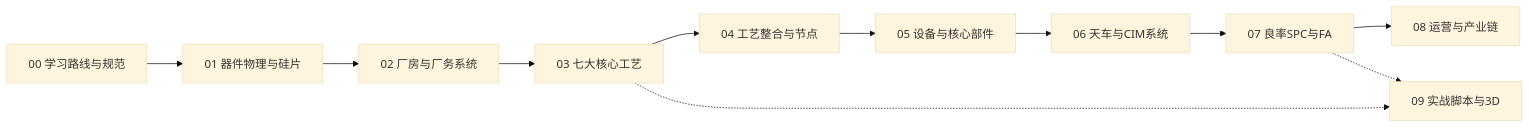
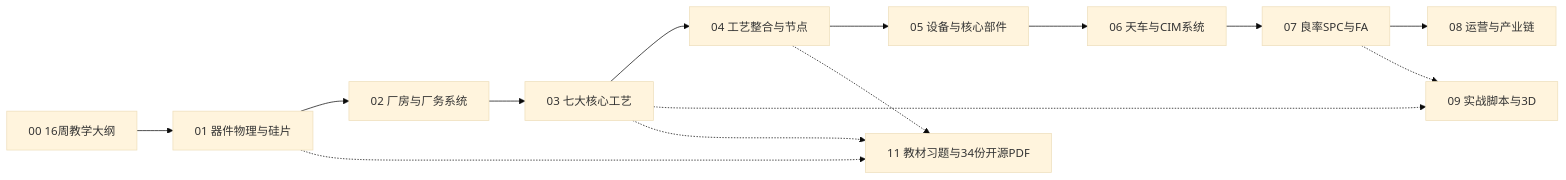
Before and after one commit to xinjing-MD/wafer-fab-handbook: the diagram in README.md, drawn with Mermaid (base theme). The commit also changed other lines of this file and 51 other files, not shown here.

````diff
--- a/README.md
+++ b/README.md
@@ -14,13 +14,16 @@
 ```mermaid
 flowchart LR
-    S0["00 学习路线与规范"] --> S1["01 器件物理与硅片"]
+    S0["00 16周教学大纲"] --> S1["01 器件物理与硅片"]
     S1 --> S2["02 厂房与厂务系统"]
     S2 --> S3["03 七大核心工艺"]
     S3 --> S4["04 工艺整合与节点"]
     S4 --> S5["05 设备与核心部件"]
     S5 --> S6["06 天车与CIM系统"]
     S6 --> S7["07 良率SPC与FA"]
     S7 --> S8["08 运营与产业链"]
     S3 -.-> S9["09 实战脚本与3D"]
     S7 -.-> S9
+    S1 -.-> S11["11 教材习题与34份开源PDF"]
+    S3 -.-> S11
+    S4 -.-> S11
 ```
````
